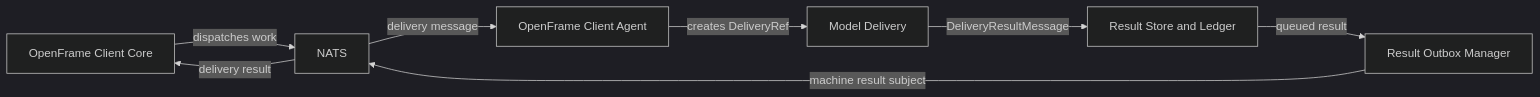
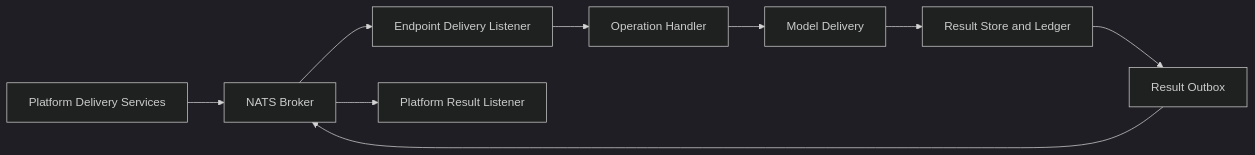
One commit to flamingo-stack/openframe-oss-tenant changed the diagram in docs/diagrams/architecture/model-delivery.mmd. Above: the diagram before and after it, drawn with Mermaid (dark theme). The commit also changed 2377 other files, not shown here.

```diff
--- a/docs/diagrams/architecture/model-delivery.mmd
+++ b/docs/diagrams/architecture/model-delivery.mmd
@@ -1,8 +1,9 @@
 flowchart LR
-    ServerCore["OpenFrame Client Core"] -->|"dispatches work"| Nats["NATS"]
-    Nats -->|"delivery message"| Agent["OpenFrame Client Agent"]
-    Agent -->|"creates DeliveryRef"| Model["Model Delivery"]
-    Model -->|"DeliveryResultMessage"| Store["Result Store and Ledger"]
-    Store -->|"queued result"| Outbox["Result Outbox Manager"]
-    Outbox -->|"machine result subject"| Nats
-    Nats -->|"delivery result"| ServerCore
+    Platform["Platform Delivery Services"] --> Broker["NATS Broker"]
+    Broker --> Listener["Endpoint Delivery Listener"]
+    Listener --> Handler["Operation Handler"]
+    Handler --> Model["Model Delivery"]
+    Model --> Store["Result Store and Ledger"]
+    Store --> Outbox["Result Outbox"]
+    Outbox --> Broker
+    Broker --> ResultListener["Platform Result Listener"]
```
